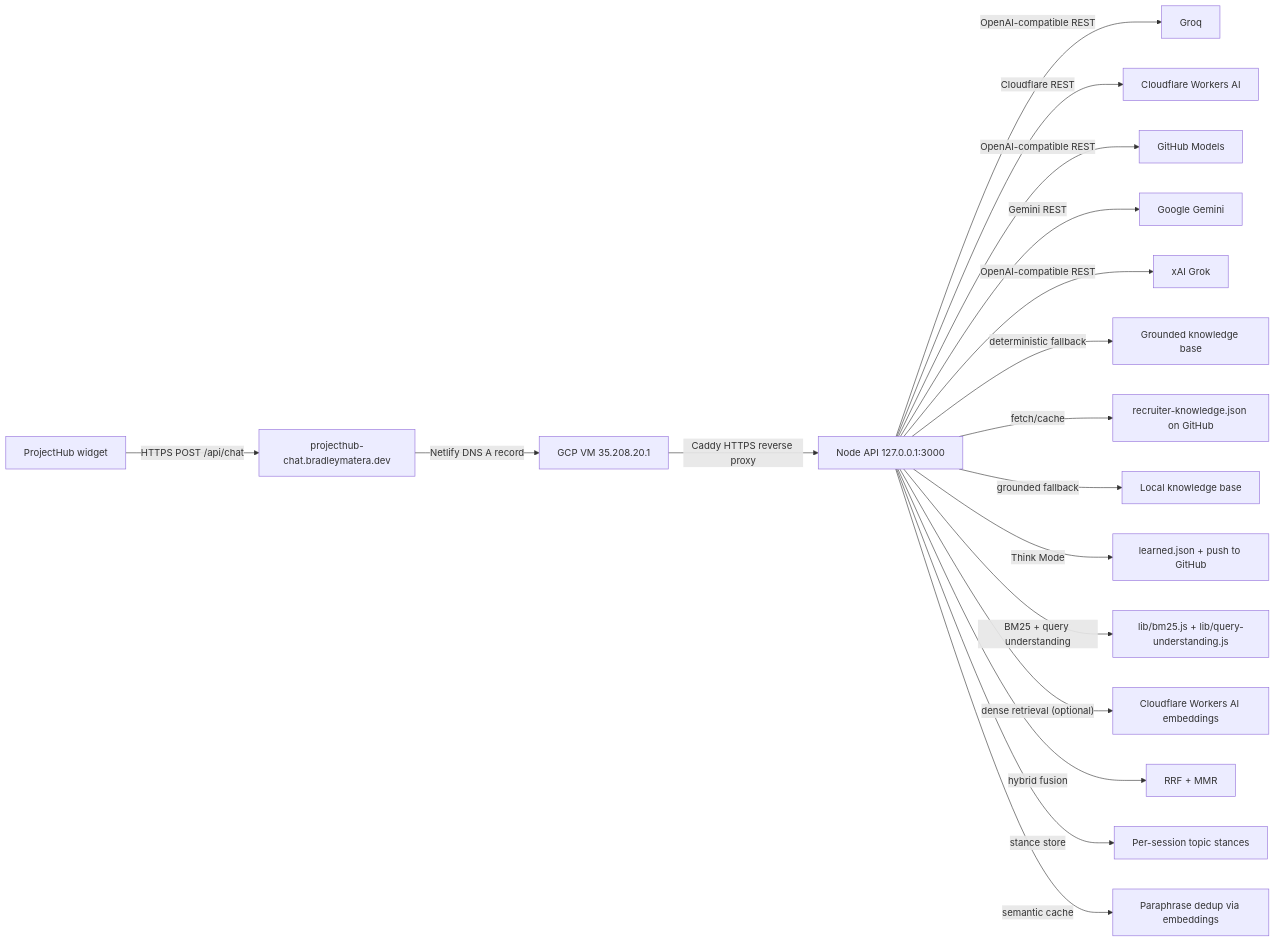
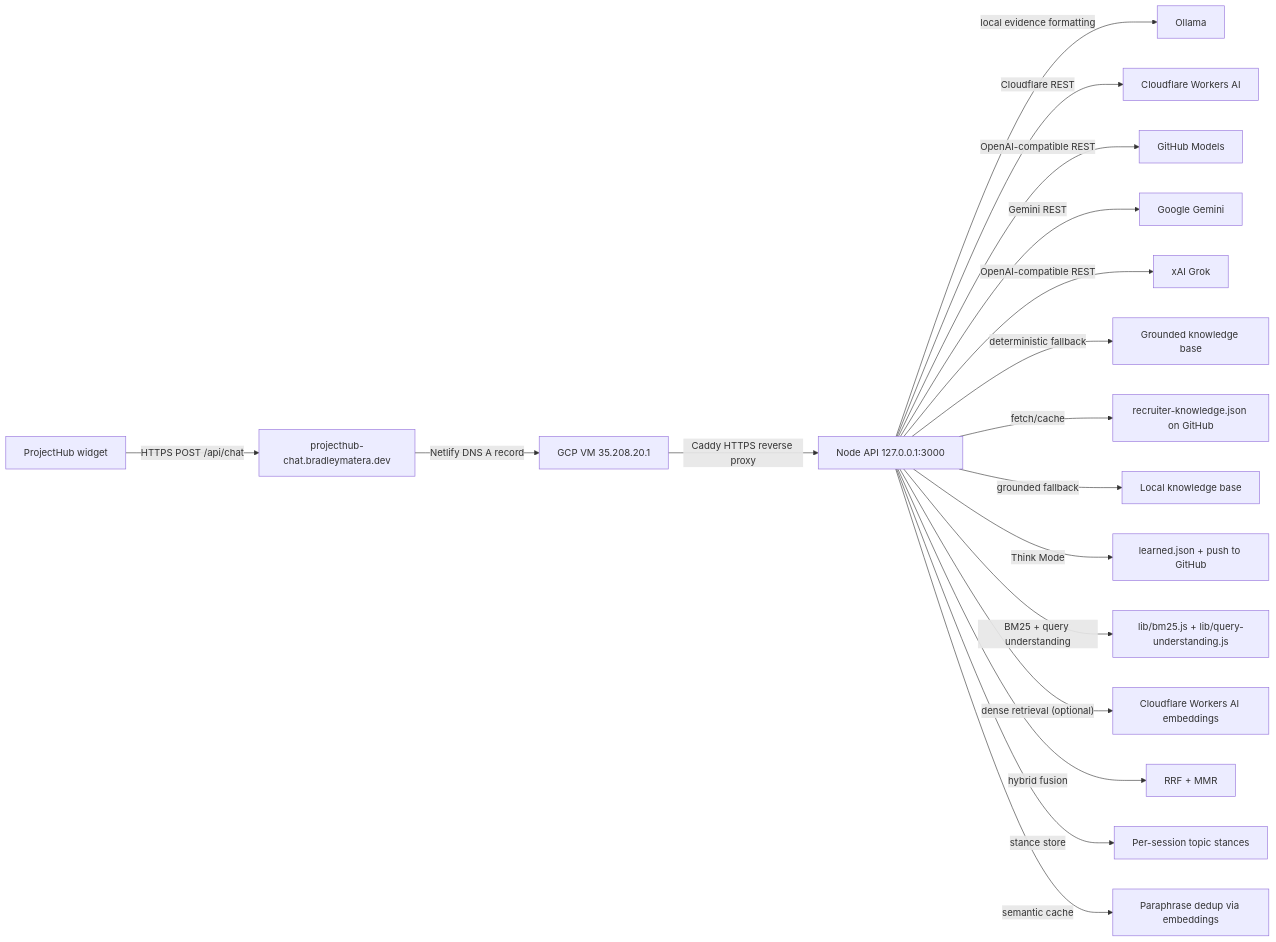
One commit to BradleyMatera/ProjectHub changed the diagram in docs/backend-guide.md. Above: the diagram before and after it, drawn with Mermaid. The commit also changed other lines of this file and 18 other files, not shown here.

Commit message:
feat: retire deprecated Groq defaults for local Ollama

````diff
--- a/docs/backend-guide.md
+++ b/docs/backend-guide.md
@@ -30,20 +30,20 @@
 ```mermaid
 flowchart LR
   A[ProjectHub widget] -- HTTPS POST /api/chat --> B[projecthub-chat.bradleymatera.dev]
   B -- Netlify DNS A record --> C[GCP VM 35.208.20.1]
   C -- Caddy HTTPS reverse proxy --> D[Node API 127.0.0.1:3000]
-  D -- OpenAI-compatible REST --> E1[Groq]
+  D -- local evidence formatting --> E1[Ollama]
   D -- Cloudflare REST --> E2[Cloudflare Workers AI]
   D -- OpenAI-compatible REST --> E3[GitHub Models]
   D -- Gemini REST --> E4[Google Gemini]
   D -- OpenAI-compatible REST --> E5[xAI Grok]
   D -- deterministic fallback --> E6[Grounded knowledge base]
   D -- fetch/cache --> F[recruiter-knowledge.json on GitHub]
   D -- grounded fallback --> G[Local knowledge base]
   D -- Think Mode --> H[learned.json + push to GitHub]
   D -- BM25 + query understanding --> I[lib/bm25.js + lib/query-understanding.js]
   D -- dense retrieval (optional) --> J[Cloudflare Workers AI embeddings]
   D -- hybrid fusion --> K[RRF + MMR]
   D -- stance store --> L[Per-session topic stances]
   D -- semantic cache --> M[Paraphrase dedup via embeddings]
 ```
````
